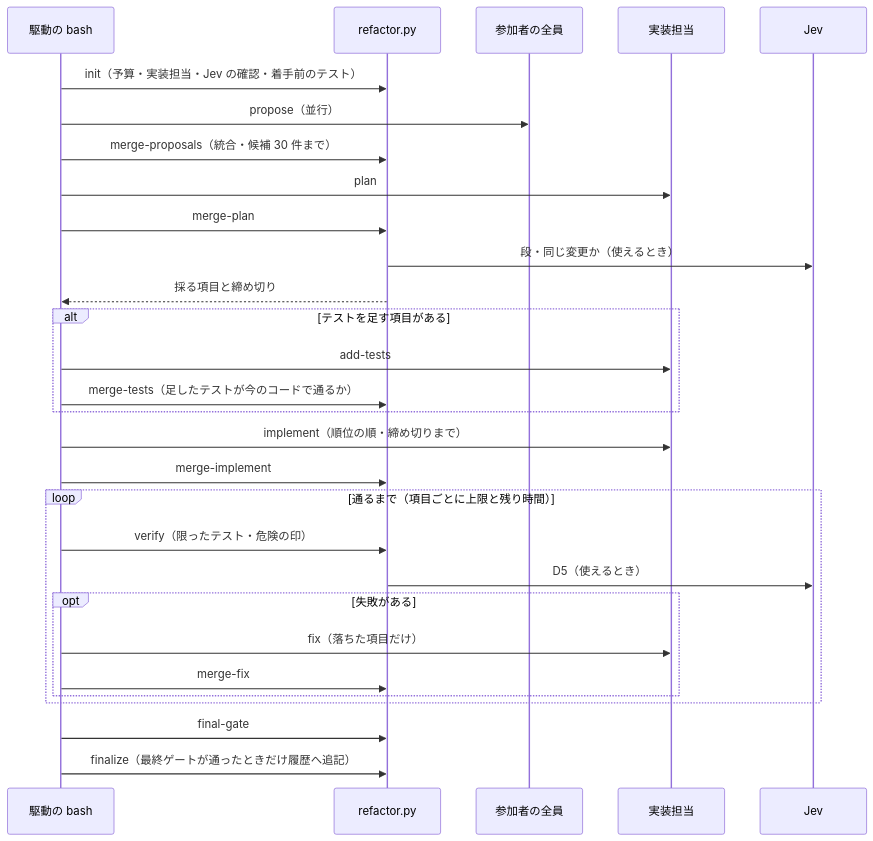
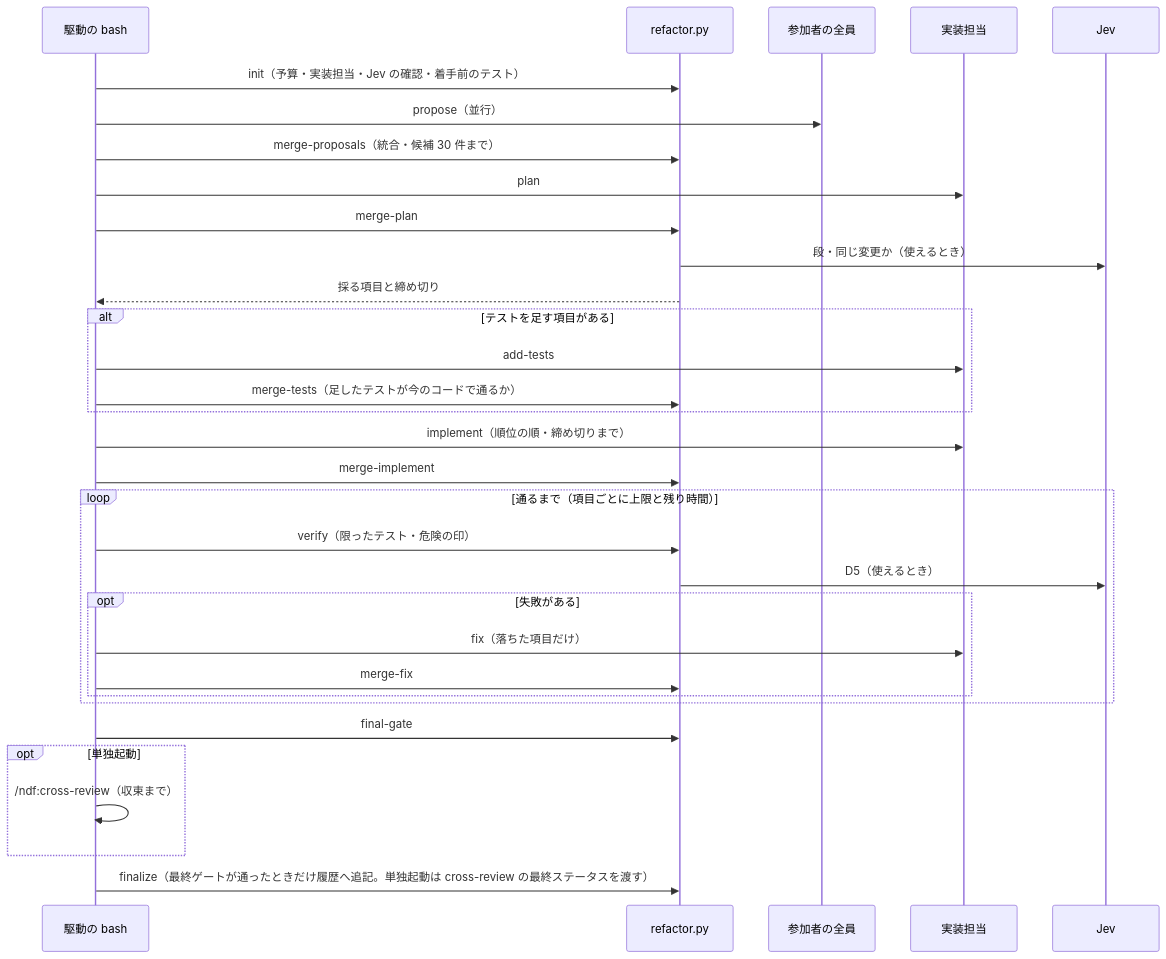
The second of 3 diagrams in issues/issue-933-design.md (devbasex/ai-plugins), drawn with Mermaid before and after one commit. The commit also changed other lines of this file and 1 other file, not shown here.

First line of the commit message:
Fix: #933 クロスレビュー round 7: 単独起動では cross-review が approved で収束した後に履歴へ追記する

````diff
--- a/issues/issue-933-design.md
+++ b/issues/issue-933-design.md
@@ -321,31 +321,34 @@
 ```mermaid
 sequenceDiagram
   participant D as 駆動の bash
   participant R as refactor.py
   participant P as 参加者の全員
   participant I as 実装担当
   participant J as Jev
   D->>R: init（予算・実装担当・Jev の確認・着手前のテスト）
   D->>P: propose（並行）
   D->>R: merge-proposals（統合・候補 30 件まで）
   D->>I: plan
   D->>R: merge-plan
   R->>J: 段・同じ変更か（使えるとき）
   R-->>D: 採る項目と締め切り
   alt テストを足す項目がある
     D->>I: add-tests
     D->>R: merge-tests（足したテストが今のコードで通るか）
   end
   D->>I: implement（順位の順・締め切りまで）
   D->>R: merge-implement
   loop 通るまで（項目ごとに上限と残り時間）
     D->>R: verify（限ったテスト・危険の印）
     R->>J: D5（使えるとき）
     opt 失敗がある
       D->>I: fix（落ちた項目だけ）
       D->>R: merge-fix
     end
   end
   D->>R: final-gate
-  D->>R: finalize（最終ゲートが通ったときだけ履歴へ追記）
+  opt 単独起動
+    D->>D: /ndf:cross-review（収束まで）
+  end
+  D->>R: finalize（最終ゲートが通ったときだけ履歴へ追記。単独起動は cross-review の最終ステータスを渡す）
 ```
````
